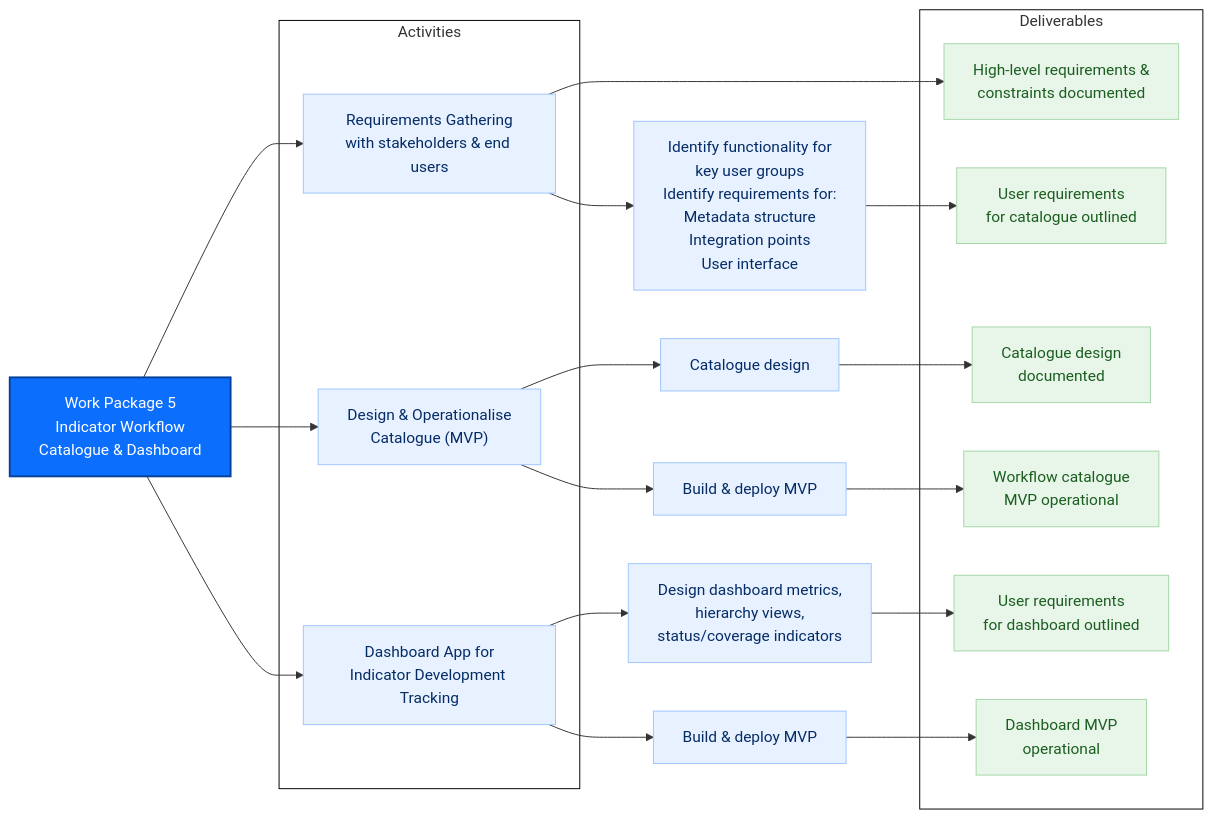
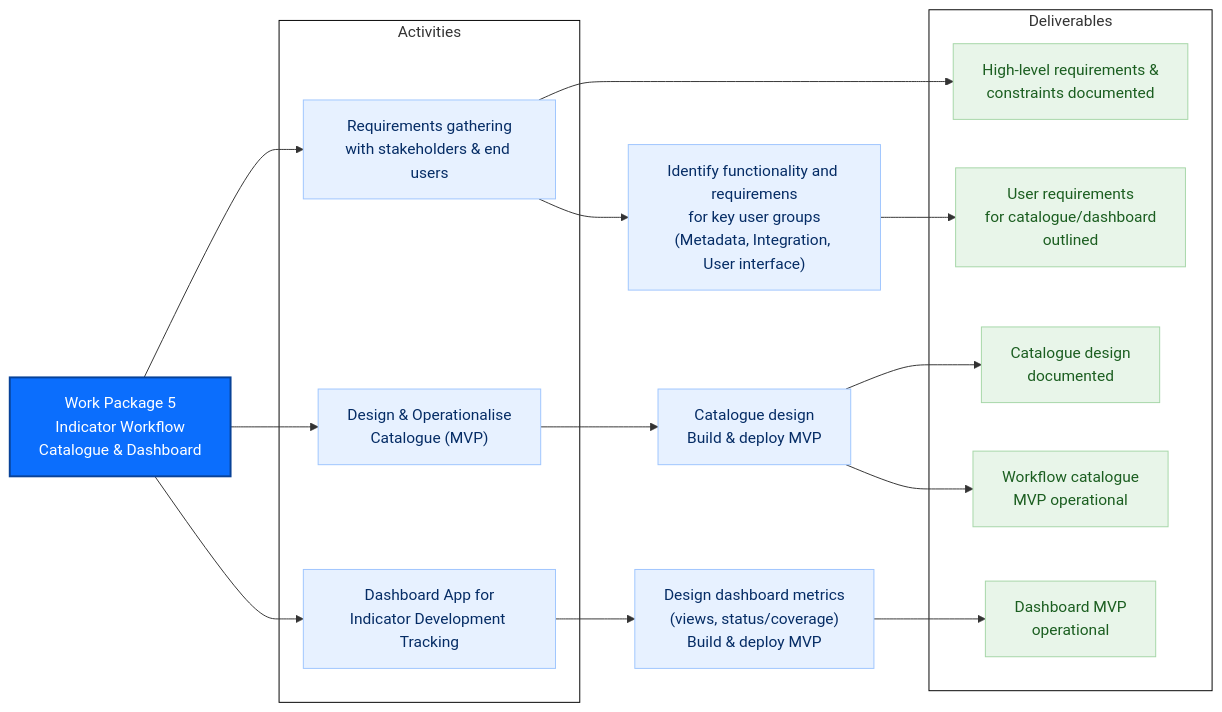
One commit to Ecosystem-Indicators-Workflows/project-presentations changed the diagram in fig/WP5.mmd. Above: the diagram before and after it, drawn with Mermaid. The commit also changed 2 other files, not shown here.

```diff
--- a/fig/WP5.mmd
+++ b/fig/WP5.mmd
@@ -1,50 +1,43 @@
 flowchart LR
     A[Work Package 5<br>Indicator Workflow<br>Catalogue & Dashboard]:::wp
 
     subgraph Activities
-        A1[Requirements Gathering<br>with stakeholders & end users]:::act
+        A1[Requirements gathering<br>with stakeholders & end users]:::act
         A2["Design & Operationalise<br>Catalogue (MVP)"]:::act
         A3[Dashboard App for<br>Indicator Development Tracking]:::act
     end
-    A1b["Identify functionality for<br>key user groups<br>Identify requirements for:<br>Metadata structure<br>Integration points<br>User interface"]:::act
-    A2a["Catalogue design"]:::act
-    A2b[Build & deploy MVP]:::act
-    A3a[Design dashboard metrics,<br> hierarchy views,<br>status/coverage indicators]:::act
-    A3b[Build & deploy MVP]:::act
+    A1b["Identify functionality and requiremens<br>for key user groups<br>(Metadata, Integration, User interface)"]:::act
+    A2a["Catalogue design<br>Build & deploy MVP"]:::act
+    A3a["Design dashboard metrics<br>(views, status/coverage)<br>Build & deploy MVP"]:::act
 
     subgraph Deliverables
         D1["High-level requirements &<br>constraints documented"]:::del
-        D2["User requirements<br>for catalogue outlined"]:::del
+        D2["User requirements<br>for catalogue/dashboard<br>outlined"]:::del
         D3["Catalogue design<br>documented"]:::del
         D4["Workflow catalogue<br>MVP operational"]:::del
-        D5["User requirements<br>for dashboard outlined"]:::del
+        %%D5["User requirements<br>for dashboard outlined"]:::del
         D6["Dashboard MVP<br>operational"]:::del
     end
 
     %% Activity structure
     A --> A1 --> A1b
-    
-
     A --> A2 --> A2a
-    A2 --> A2b
 
     A --> A3 --> A3a
-    A3 --> A3b
 
     %% Activities to Deliverables mapping
     A1 --> D1
     A1b --> D2
 
-    A2a --> D3
-    A2b --> D4
+    A2a --> D3 & D4
 
-    A3a --> D5
-    A3b --> D6
+    %%A3a --> D5
+    A3a --> D6
 
     %% Styles
     Activities:::Empty
     Deliverables:::Empty
     classDef Empty fill:none,stroke:black;
     classDef wp fill:#0b6efd,color:#fff,stroke:#084298,stroke-width:2px;
     classDef act fill:#e7f1ff,color:#052c65,stroke:#9ec5fe,stroke-width:1px;
     classDef del fill:#e8f5e9,color:#1b5e20,stroke:#a5d6a7,stroke-width:1px;
```
